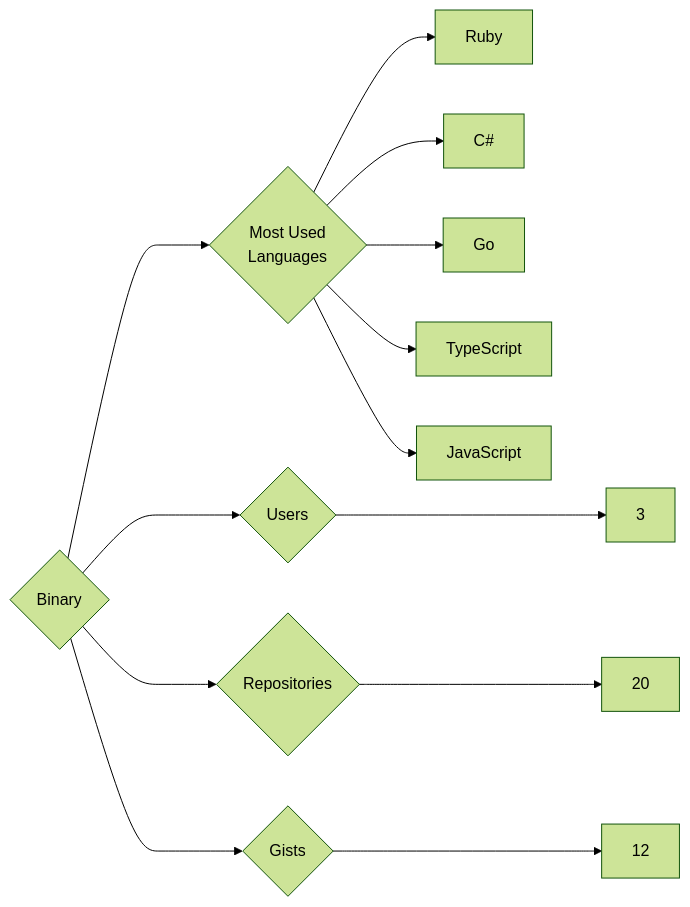
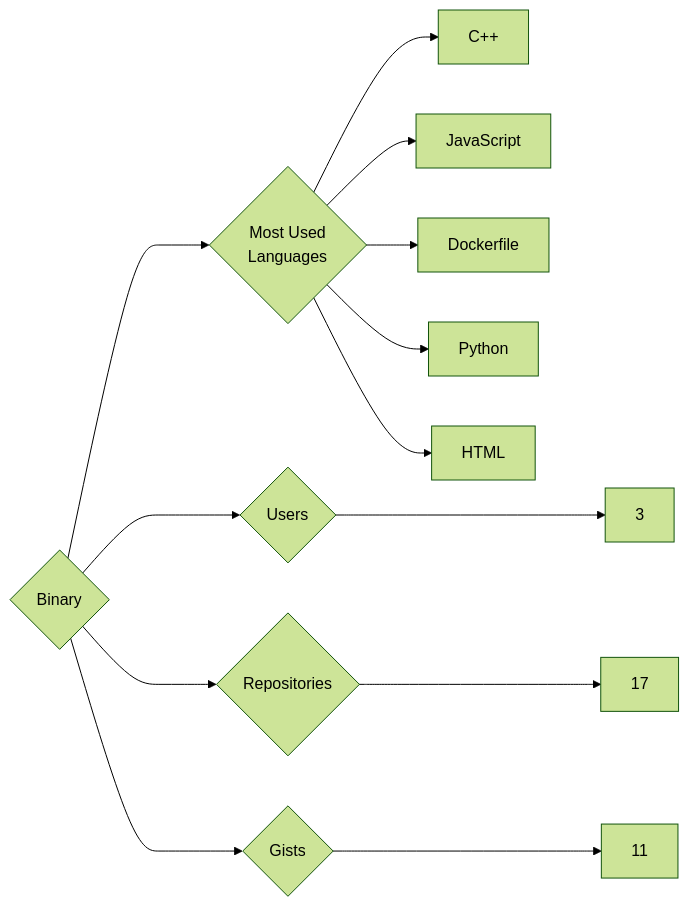
One commit to trickest/insiders changed the diagram in targets/Binary/README.md. Above: the diagram before and after it, drawn with Mermaid (forest theme). The commit also changed 1167 other files, not shown here.

````diff
--- a/targets/Binary/README.md
+++ b/targets/Binary/README.md
@@ -3,13 +3,13 @@
 ```mermaid
 graph LR
 COMPANY_NAME{Binary}
 COMPANY_NAME ---> U{Users} ---> UN[3]
-COMPANY_NAME ---> R{Repositories} ---> RN[20]
-COMPANY_NAME ---> G{Gists} ---> GN[12]
+COMPANY_NAME ---> R{Repositories} ---> RN[17]
+COMPANY_NAME ---> G{Gists} ---> GN[11]
 COMPANY_NAME ---> ML{Most Used<br>Languages}
-ML --> Ruby[Ruby]
-ML --> C#[C#]
-ML --> Go[Go]
-ML --> TypeScript[TypeScript]
+ML --> C++[C++]
 ML --> JavaScript[JavaScript]
+ML --> Dockerfile[Dockerfile]
+ML --> Python[Python]
+ML --> HTML[HTML]
 ```
````
